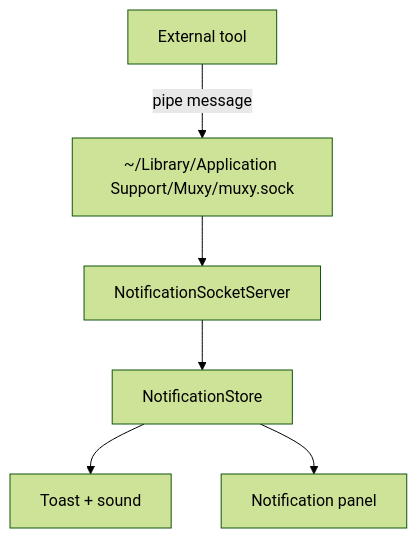
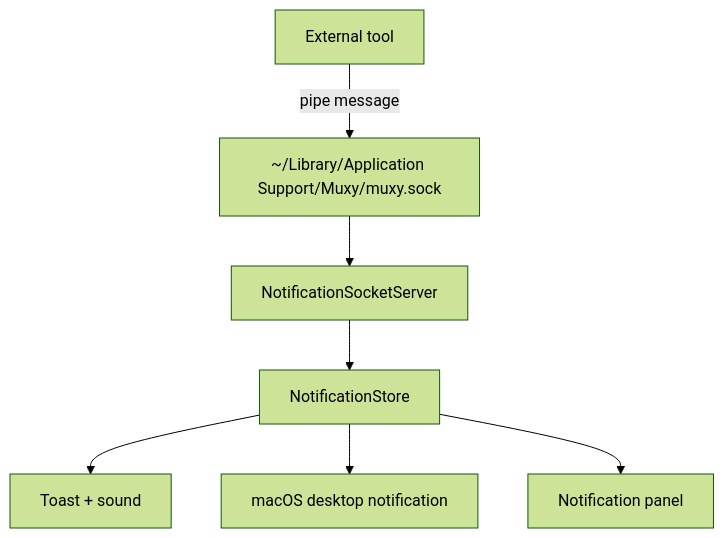
One commit to muxy-app/muxy changed the diagram in docs/features/notifications.md. Above: the diagram before and after it, drawn with Mermaid (forest theme). The commit also changed other lines of this file and 16 other files, not shown here.

Commit message:
feat: add macOS desktop notifications

````diff
--- a/docs/features/notifications.md
+++ b/docs/features/notifications.md
@@ -5,8 +5,9 @@
 ```mermaid
 flowchart TB
   Tool[External tool] -->|"pipe message"| Sock["~/Library/Application Support/Muxy/muxy.sock"]
   Sock --> Server[NotificationSocketServer]
   Server --> Store[NotificationStore]
   Store --> Toast[Toast + sound]
+  Store --> Desktop[macOS desktop notification]
   Store --> Panel[Notification panel]
 ```
````
